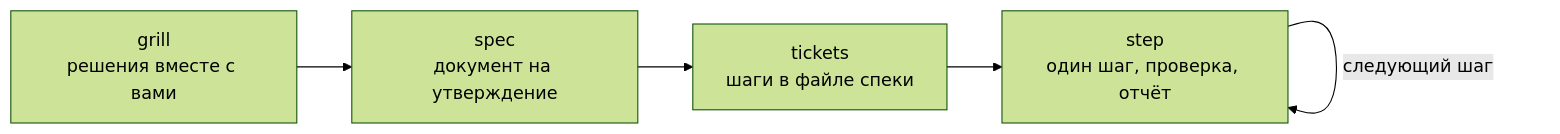
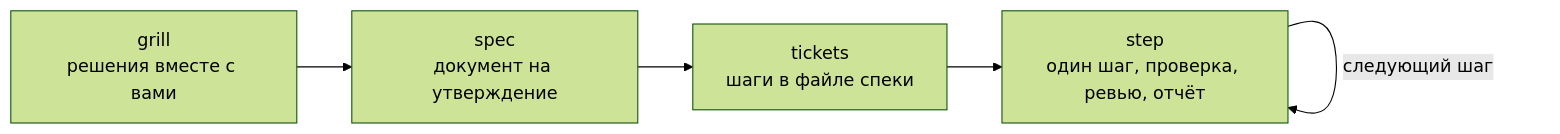
Before and after one commit to blessed2k/1c-ai-skills: the diagram in README.md, drawn with Mermaid (forest theme). The commit also changed other lines of this file and 9 other files, not shown here.

````diff
--- a/README.md
+++ b/README.md
@@ -74,7 +75,7 @@
 ```mermaid
 flowchart LR
   G["grill<br/>решения вместе с вами"] --> S["spec<br/>документ на утверждение"]
   S --> T["tickets<br/>шаги в файле спеки"]
-  T --> P["step<br/>один шаг, проверка, отчёт"]
+  T --> P["step<br/>один шаг, проверка, ревью, отчёт"]
   P -->|следующий шаг| P
 ```
````
